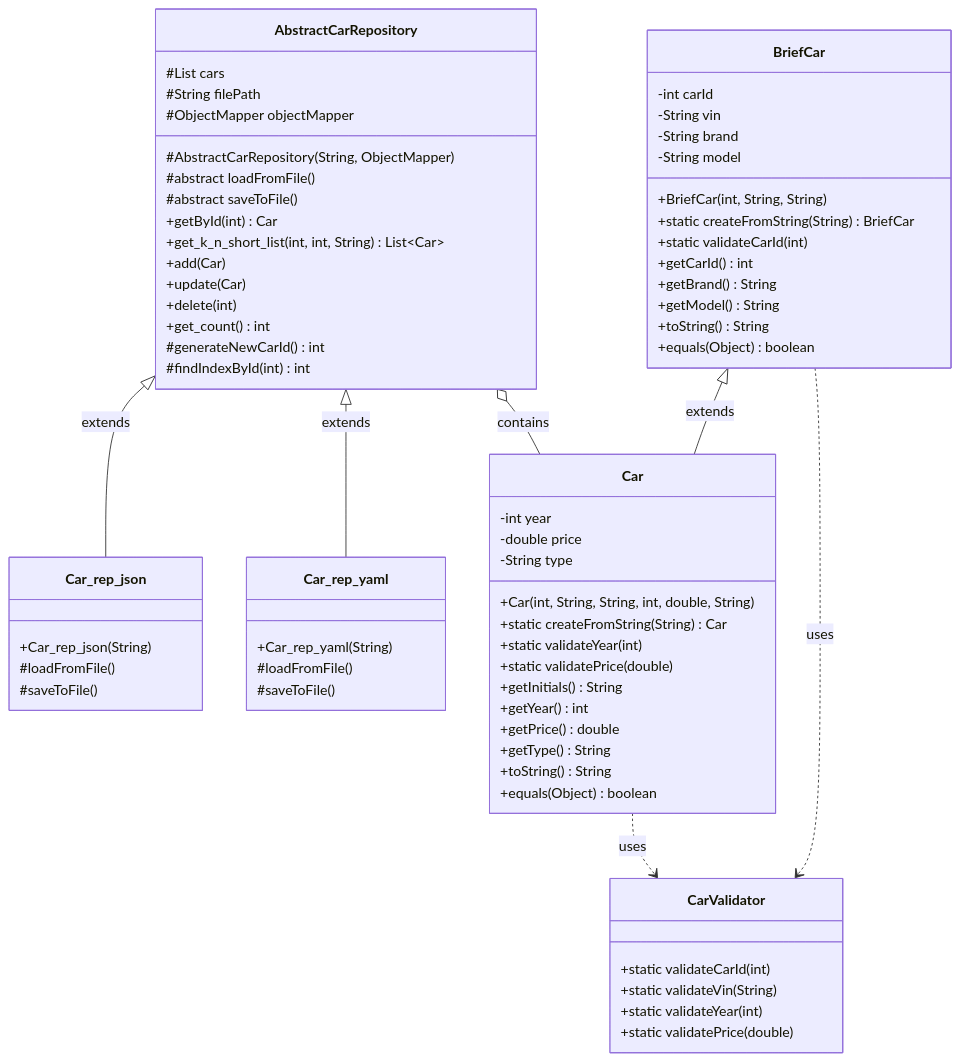
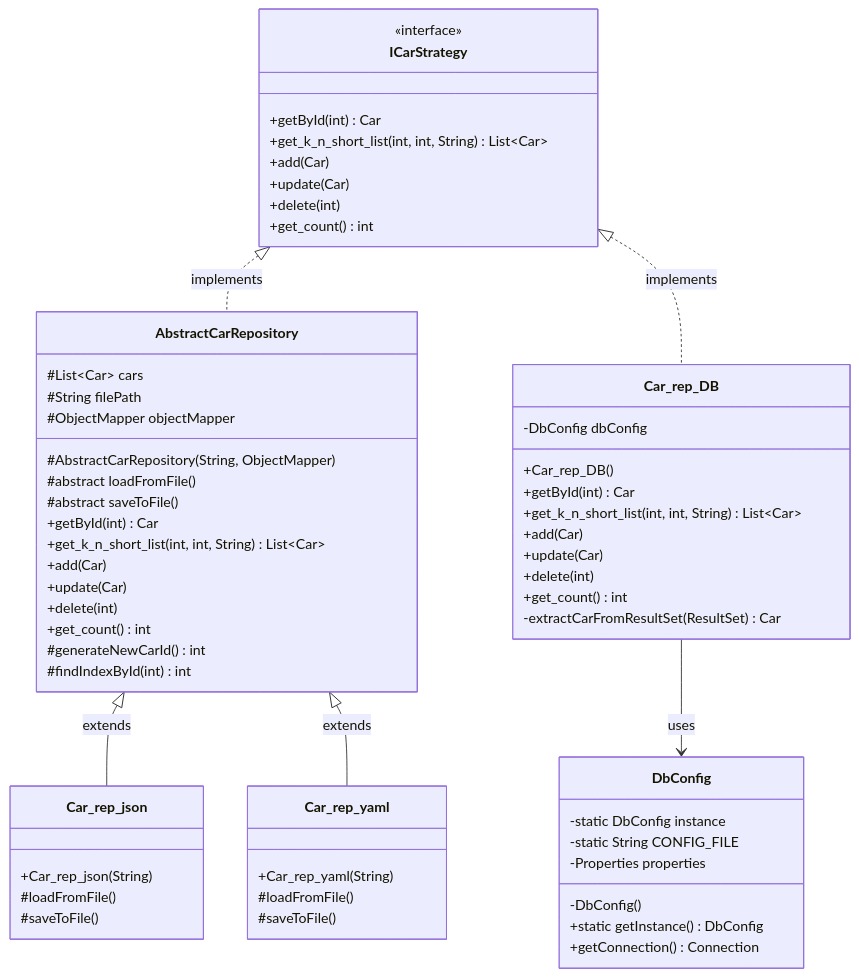
The third of 3 diagrams in README.md (VoGPro/OOP), drawn with Mermaid before and after one commit. The commit also changed other lines of this file, not shown here.

Commit message:
Диаграмма классов БД и файлов

````diff
--- a/README.md
+++ b/README.md
@@ -66,77 +116,69 @@
 ```mermaid
 classDiagram
 
+    class ICarStrategy {
+        <<interface>>
+        +getById(int) Car
+        +get_k_n_short_list(int, int, String) List~Car~
+        +add(Car)
+        +update(Car)
+        +delete(int)
+        +get_count() int
+    }
+
     class AbstractCarRepository {
-        #List<Car> cars
+        #List~Car~ cars
         #String filePath
         #ObjectMapper objectMapper
         #AbstractCarRepository(String, ObjectMapper)
         #abstract loadFromFile()
         #abstract saveToFile()
         +getById(int) Car
         +get_k_n_short_list(int, int, String) List~Car~
         +add(Car)
         +update(Car)
         +delete(int)
         +get_count() int
         #generateNewCarId() int
         #findIndexById(int) int
     }
 
     class Car_rep_json {
         +Car_rep_json(String)
         #loadFromFile()
         #saveToFile()
     }
 
     class Car_rep_yaml {
         +Car_rep_yaml(String)
         #loadFromFile()
         #saveToFile()
     }
 
-    class BriefCar {
-        -int carId
-        -String vin
-        -String brand
-        -String model
-        +BriefCar(int, String, String)
-        +static createFromString(String) BriefCar
-        +static validateCarId(int)
-        +getCarId() int
-        +getBrand() String
-        +getModel() String
-        +toString() String
-        +equals(Object) boolean
+    class Car_rep_DB {
+        -DbConfig dbConfig
+        +Car_rep_DB()
+        +getById(int) Car
+        +get_k_n_short_list(int, int, String) List~Car~
+        +add(Car)
+        +update(Car)
+        +delete(int)
+        +get_count() int
+        -extractCarFromResultSet(ResultSet) Car
     }
 
-    class Car {
-        -int year
-        -double price
-        -String type
-        +Car(int, String, String, int, double, String)
-        +static createFromString(String) Car
-        +static validateYear(int)
-        +static validatePrice(double)
-        +getInitials() String
-        +getYear() int
-        +getPrice() double
-        +getType() String
-        +toString() String
-        +equals(Object) boolean
+    class DbConfig {
+        -static DbConfig instance
+        -static String CONFIG_FILE
+        -Properties properties
+        -DbConfig()
+        +static getInstance() DbConfig
+        +getConnection() Connection
     }
 
-    class CarValidator {
-        +static validateCarId(int)
-        +static validateVin(String)
-        +static validateYear(int)
-        +static validatePrice(double)
-    }
-
-    BriefCar <|-- Car : extends
-    BriefCar ..> CarValidator : uses
-    Car ..> CarValidator : uses
+    ICarStrategy <|.. AbstractCarRepository : implements
+    ICarStrategy <|.. Car_rep_DB : implements
     AbstractCarRepository <|-- Car_rep_json : extends
     AbstractCarRepository <|-- Car_rep_yaml : extends
-    AbstractCarRepository o-- Car : contains
+    Car_rep_DB --> DbConfig : uses
 ```
````
